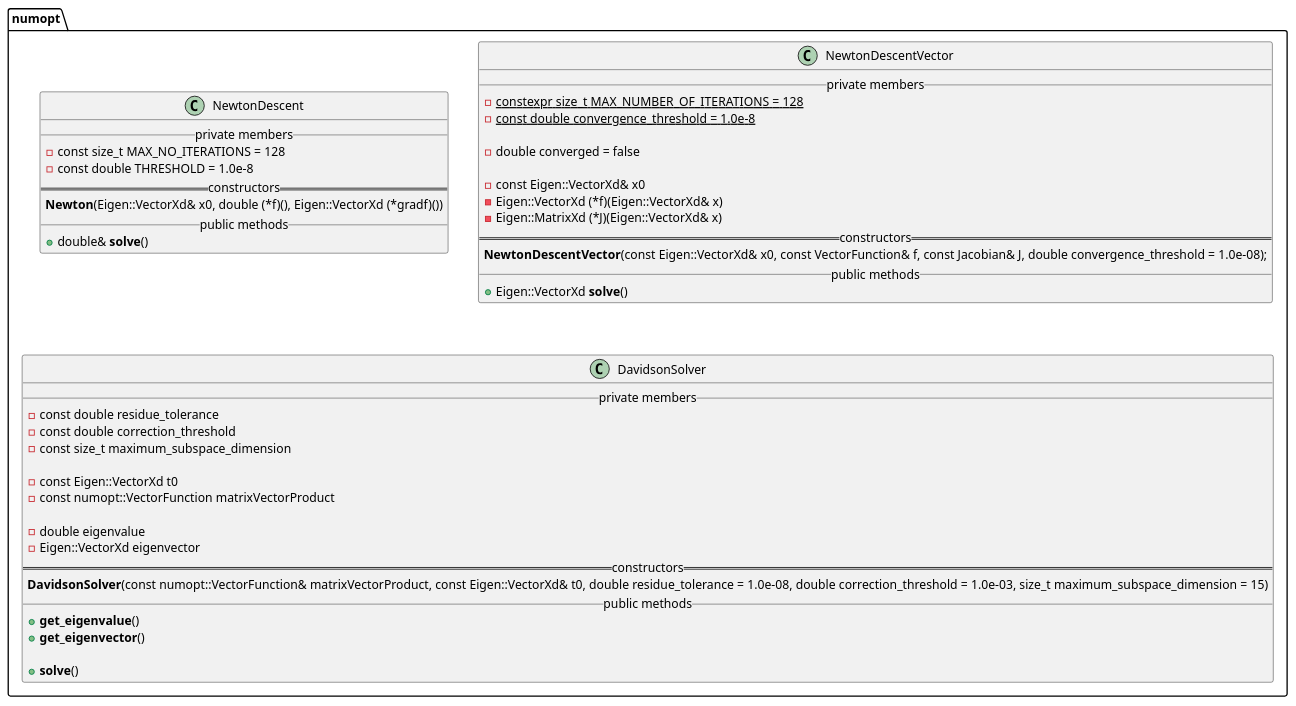
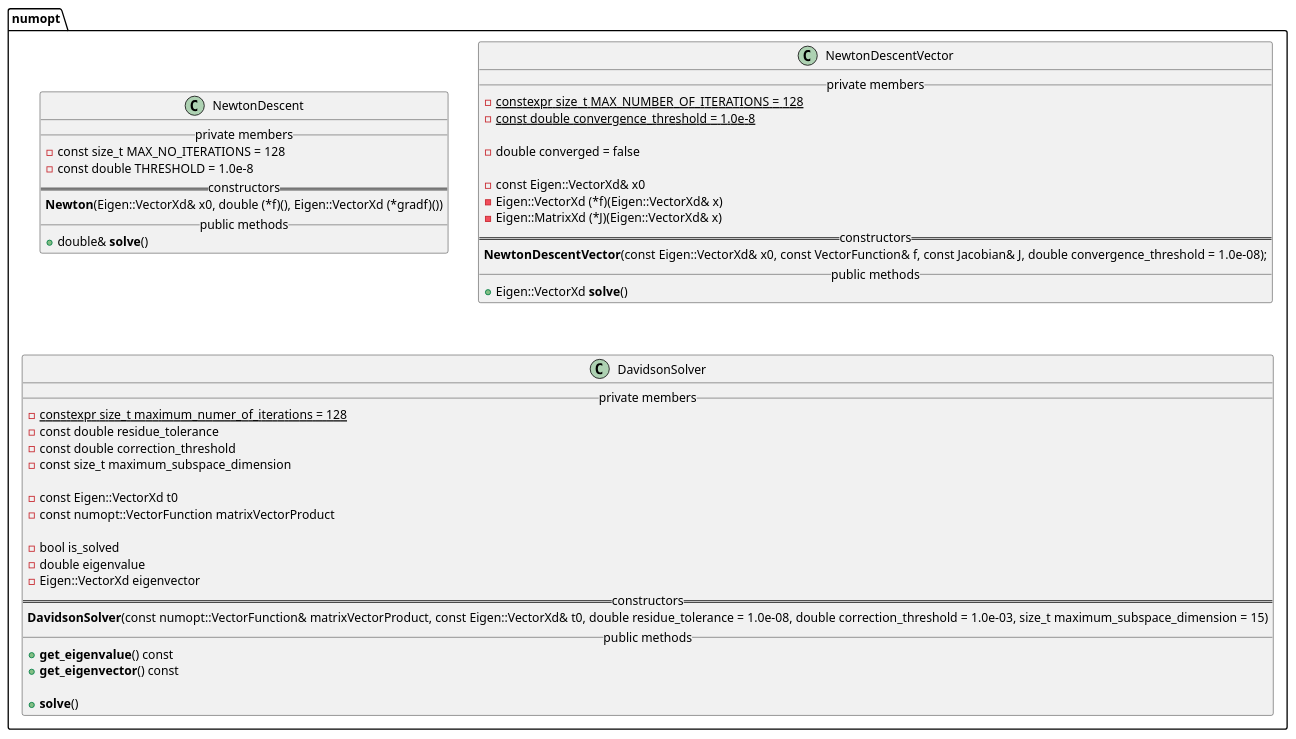
One commit to matt-chan/numopt changed the diagram in docs/numopt.puml. Above: the diagram before and after it, drawn with PlantUML. The commit also changed 3 other files, not shown here.

```diff
--- a/docs/numopt.puml
+++ b/docs/numopt.puml
@@ -1,54 +1,56 @@
 @startuml
 
 namespace numopt {
 
     class NewtonDescent {
         __ private members __
             - const size_t MAX_NO_ITERATIONS = 128
             - const double THRESHOLD = 1.0e-8
         == constructors ==
             **Newton**(Eigen::VectorXd& x0, double (*f)(), Eigen::VectorXd (*gradf)())
         __ public methods __
             + double& **solve**()
     }
 
 
     class NewtonDescentVector {
         __ private members __
             - {static} constexpr size_t MAX_NUMBER_OF_ITERATIONS = 128
             - {static} const double convergence_threshold = 1.0e-8
 
             - double converged = false
 
             - const Eigen::VectorXd& x0
             - Eigen::VectorXd (*f)(Eigen::VectorXd& x)
             - Eigen::MatrixXd (*J)(Eigen::VectorXd& x)
         == constructors ==
             **NewtonDescentVector**(const Eigen::VectorXd& x0, const VectorFunction& f, const Jacobian& J, double convergence_threshold = 1.0e-08);
         __ public methods __
             + Eigen::VectorXd **solve**()
     }
 
 
     class DavidsonSolver {
         __ private members __
+            - {static} constexpr size_t maximum_numer_of_iterations = 128
             - const double residue_tolerance
             - const double correction_threshold
             - const size_t maximum_subspace_dimension
 
             - const Eigen::VectorXd t0
             - const numopt::VectorFunction matrixVectorProduct
 
+            - bool is_solved
             - double eigenvalue
             - Eigen::VectorXd eigenvector
         == constructors ==
             **DavidsonSolver**(const numopt::VectorFunction& matrixVectorProduct, const Eigen::VectorXd& t0, double residue_tolerance = 1.0e-08, double correction_threshold = 1.0e-03, size_t maximum_subspace_dimension = 15)
         __ public methods __
-            + **get_eigenvalue**()
-            + **get_eigenvector**()
+            + **get_eigenvalue**() const
+            + **get_eigenvector**() const
 
             + **solve**()
     }
 }
 
 @enduml
```
